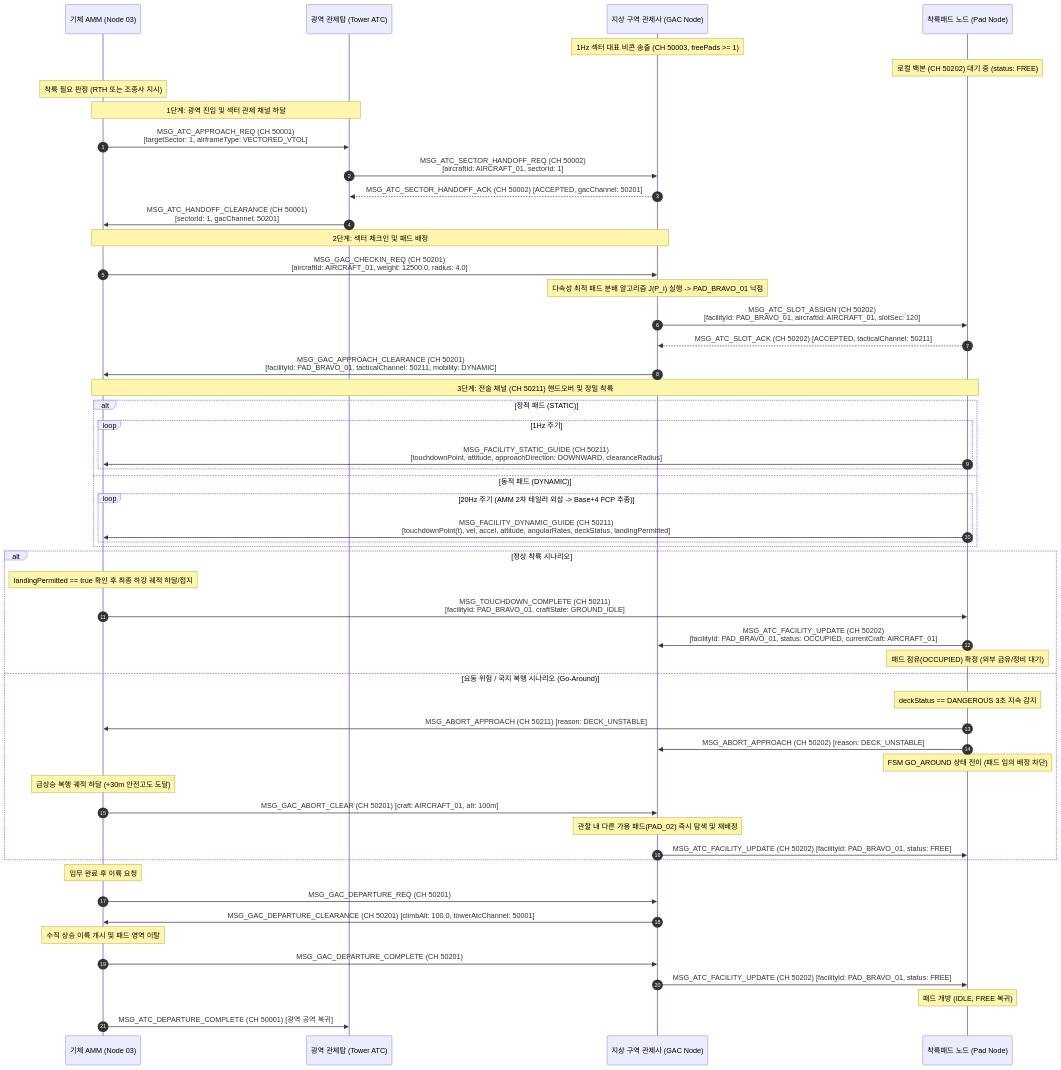
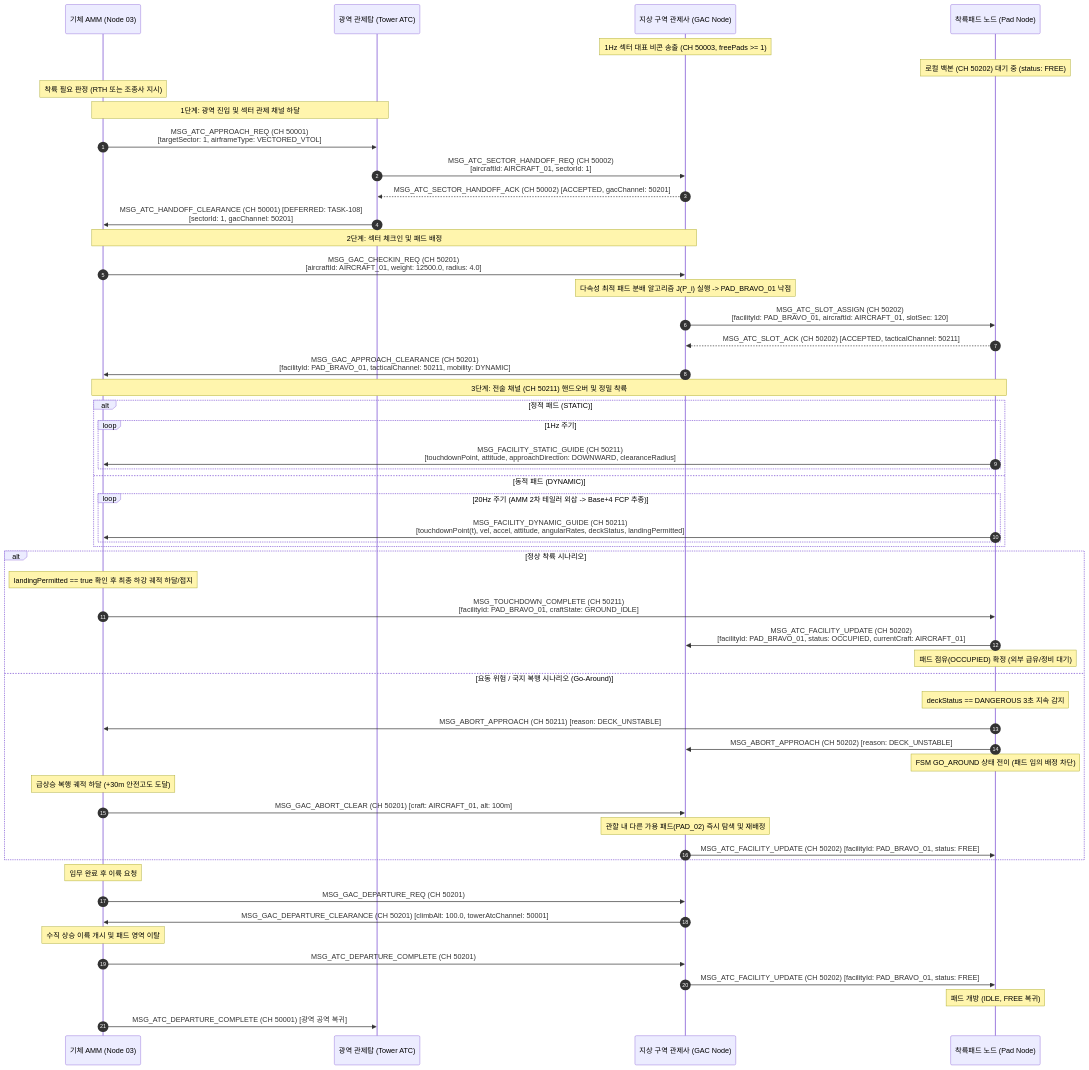
One commit to Polimachi/Aeroneutics_Autopilot changed the third of 4 diagrams in docs/specs/0_infra/landing_pad/LANDING_PAD_SPECIFICATION_AND_ICD.md. Above: the diagram before and after it, drawn with Mermaid. The commit also changed other lines of this file and 4 other files, not shown here.

Commit message:
docs(spec): complete Task 5 infra/diagram/ICD hygiene, R4 drifts, and v+0.0.1 sync (TASK-019)

````diff
--- a/docs/specs/0_infra/landing_pad/LANDING_PAD_SPECIFICATION_AND_ICD.md
+++ b/docs/specs/0_infra/landing_pad/LANDING_PAD_SPECIFICATION_AND_ICD.md
@@ -472,62 +473,62 @@
 ```mermaid
 sequenceDiagram
     autonumber
     participant A as 기체 AMM (Node 03)
     participant ATC as 광역 관제탑 (Tower ATC)
     participant GAC as 지상 구역 관제사 (GAC Node)
     participant P as 착륙패드 노드 (Pad Node)
 
     Note over GAC: 1Hz 섹터 대표 비콘 송출 (CH 50003, freePads >= 1)
     Note over P: 로컬 백본 (CH 50202) 대기 중 (status: FREE)
     Note over A: 착륙 필요 판정 (RTH 또는 조종사 지시)
     
     Note over A,ATC: 1단계: 광역 진입 및 섹터 관제 채널 하달
     A->>ATC: MSG_ATC_APPROACH_REQ (CH 50001)<br/>[targetSector: 1, airframeType: VECTORED_VTOL]
     ATC->>GAC: MSG_ATC_SECTOR_HANDOFF_REQ (CH 50002)<br/>[aircraftId: AIRCRAFT_01, sectorId: 1]
     GAC-->>ATC: MSG_ATC_SECTOR_HANDOFF_ACK (CH 50002) [ACCEPTED, gacChannel: 50201]
-    ATC->>A: MSG_ATC_HANDOFF_CLEARANCE (CH 50001)<br/>[sectorId: 1, gacChannel: 50201]
+    ATC->>A: MSG_ATC_HANDOFF_CLEARANCE (CH 50001) [DEFERRED: TASK-108]<br/>[sectorId: 1, gacChannel: 50201]
 
     Note over A,GAC: 2단계: 섹터 체크인 및 패드 배정
     A->>GAC: MSG_GAC_CHECKIN_REQ (CH 50201)<br/>[aircraftId: AIRCRAFT_01, weight: 12500.0, radius: 4.0]
     Note over GAC: 다속성 최적 패드 분배 알고리즘 J(P_i) 실행 -> PAD_BRAVO_01 낙점
     GAC->>P: MSG_ATC_SLOT_ASSIGN (CH 50202)<br/>[facilityId: PAD_BRAVO_01, aircraftId: AIRCRAFT_01, slotSec: 120]
     P-->>GAC: MSG_ATC_SLOT_ACK (CH 50202) [ACCEPTED, tacticalChannel: 50211]
     GAC->>A: MSG_GAC_APPROACH_CLEARANCE (CH 50201)<br/>[facilityId: PAD_BRAVO_01, tacticalChannel: 50211, mobility: DYNAMIC]
 
     Note over A,P: 3단계: 전술 채널 (CH 50211) 핸드오버 및 정밀 착륙
     alt 정적 패드 (STATIC)
         loop 1Hz 주기
             P->>A: MSG_FACILITY_STATIC_GUIDE (CH 50211)<br/>[touchdownPoint, attitude, approachDirection: DOWNWARD, clearanceRadius]
         end
     else 동적 패드 (DYNAMIC)
         loop 20Hz 주기 (AMM 2차 테일러 외삽 -> Base+4 FCP 추종)
             P->>A: MSG_FACILITY_DYNAMIC_GUIDE (CH 50211)<br/>[touchdownPoint(t), vel, accel, attitude, angularRates, deckStatus, landingPermitted]
         end
     end
 
     alt 정상 착륙 시나리오
         Note over A: landingPermitted == true 확인 후 최종 하강 궤적 하달/접지
         A->>P: MSG_TOUCHDOWN_COMPLETE (CH 50211)<br/>[facilityId: PAD_BRAVO_01, craftState: GROUND_IDLE]
         P->>GAC: MSG_ATC_FACILITY_UPDATE (CH 50202)<br/>[facilityId: PAD_BRAVO_01, status: OCCUPIED, currentCraft: AIRCRAFT_01]
         Note over P: 패드 점유(OCCUPIED) 확정 (외부 급유/정비 대기)
     else 요동 위험 / 국지 복행 시나리오 (Go-Around)
         Note over P: deckStatus == DANGEROUS 3초 지속 감지
         P->>A: MSG_ABORT_APPROACH (CH 50211) [reason: DECK_UNSTABLE]
         P->>GAC: MSG_ABORT_APPROACH (CH 50202) [reason: DECK_UNSTABLE]
         Note over P: FSM GO_AROUND 상태 전이 (패드 임의 배정 차단)
         Note over A: 급상승 복행 궤적 하달 (+30m 안전고도 도달)
         A->>GAC: MSG_GAC_ABORT_CLEAR (CH 50201) [craft: AIRCRAFT_01, alt: 100m]
         Note over GAC: 관할 내 다른 가용 패드(PAD_02) 즉시 탐색 및 재배정
         GAC->>P: MSG_ATC_FACILITY_UPDATE (CH 50202) [facilityId: PAD_BRAVO_01, status: FREE]
     end
 
     Note over A: 임무 완료 후 이륙 요청
     A->>GAC: MSG_GAC_DEPARTURE_REQ (CH 50201)
     GAC->>A: MSG_GAC_DEPARTURE_CLEARANCE (CH 50201) [climbAlt: 100.0, towerAtcChannel: 50001]
     
     Note over A: 수직 상승 이륙 개시 및 패드 영역 이탈
-    A->>GAC: MSG_GAC_DEPARTURE_COMPLETE (CH 50201)
+    A->>GAC: MSG_ATC_DEPARTURE_COMPLETE (CH 50201)
     GAC->>P: MSG_ATC_FACILITY_UPDATE (CH 50202) [facilityId: PAD_BRAVO_01, status: FREE]
     Note over P: 패드 개방 (IDLE, FREE 복귀)
     A->>ATC: MSG_ATC_DEPARTURE_COMPLETE (CH 50001) [광역 공역 복귀]
 ```
````
